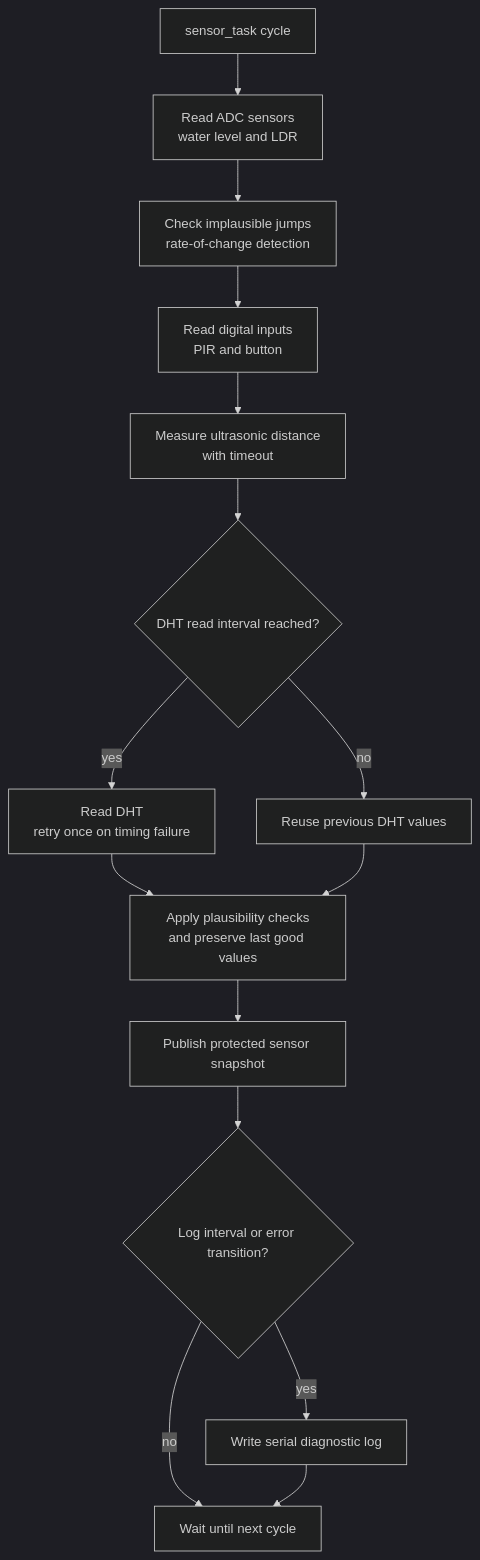
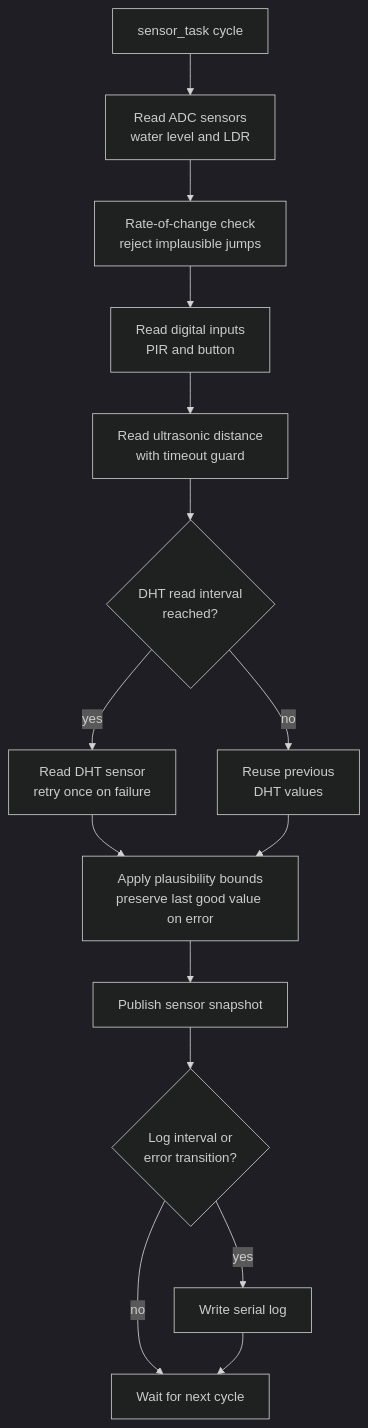
One commit to EmbeddedNik/embedded_markdowns changed the diagram in docs/diagrams/sensor_validation_flow.mmd. Above: the diagram before and after it, drawn with Mermaid (dark theme). The commit also changed 28 other files, not shown here.

Commit message:
change in diagrams

```diff
--- a/docs/diagrams/sensor_validation_flow.mmd
+++ b/docs/diagrams/sensor_validation_flow.mmd
@@ -1,15 +1,15 @@
 flowchart TD
-    A["sensor_task cycle"] --> ADC["Read ADC sensors<br/>water level and LDR"]
-    ADC --> ROC["Check implausible jumps<br/>rate-of-change detection"]
-    ROC --> D["Read digital inputs<br/>PIR and button"]
-    D --> US["Measure ultrasonic distance<br/>with timeout"]
-    US --> DHT{"DHT read interval reached?"}
-    DHT -- yes --> DHTR["Read DHT<br/>retry once on timing failure"]
-    DHT -- no --> OLD["Reuse previous DHT values"]
-    DHTR --> P["Apply plausibility checks<br/>and preserve last good values"]
-    OLD --> P
-    P --> M["Publish protected sensor snapshot"]
-    M --> LOG{"Log interval or error transition?"}
-    LOG -- yes --> L["Write serial diagnostic log"]
-    LOG -- no --> END["Wait until next cycle"]
-    L --> END
+    START["sensor_task cycle"] --> ADC["Read ADC sensors<br/>water level and LDR"]
+    ADC --> ROC["Rate-of-change check<br/>reject implausible jumps"]
+    ROC --> DIG["Read digital inputs<br/>PIR and button"]
+    DIG --> US["Read ultrasonic distance<br/>with timeout guard"]
+    US --> DHT{"DHT read interval<br/>reached?"}
+    DHT -- yes --> DHTR["Read DHT sensor<br/>retry once on failure"]
+    DHT -- no --> REUSE["Reuse previous<br/>DHT values"]
+    DHTR --> PLAUS["Apply plausibility bounds<br/>preserve last good value on error"]
+    REUSE --> PLAUS
+    PLAUS --> PUB["Publish sensor snapshot"]
+    PUB --> LOG{"Log interval or<br/>error transition?"}
+    LOG -- yes --> SERIAL["Write serial log"]
+    LOG -- no --> END["Wait for next cycle"]
+    SERIAL --> END
```
